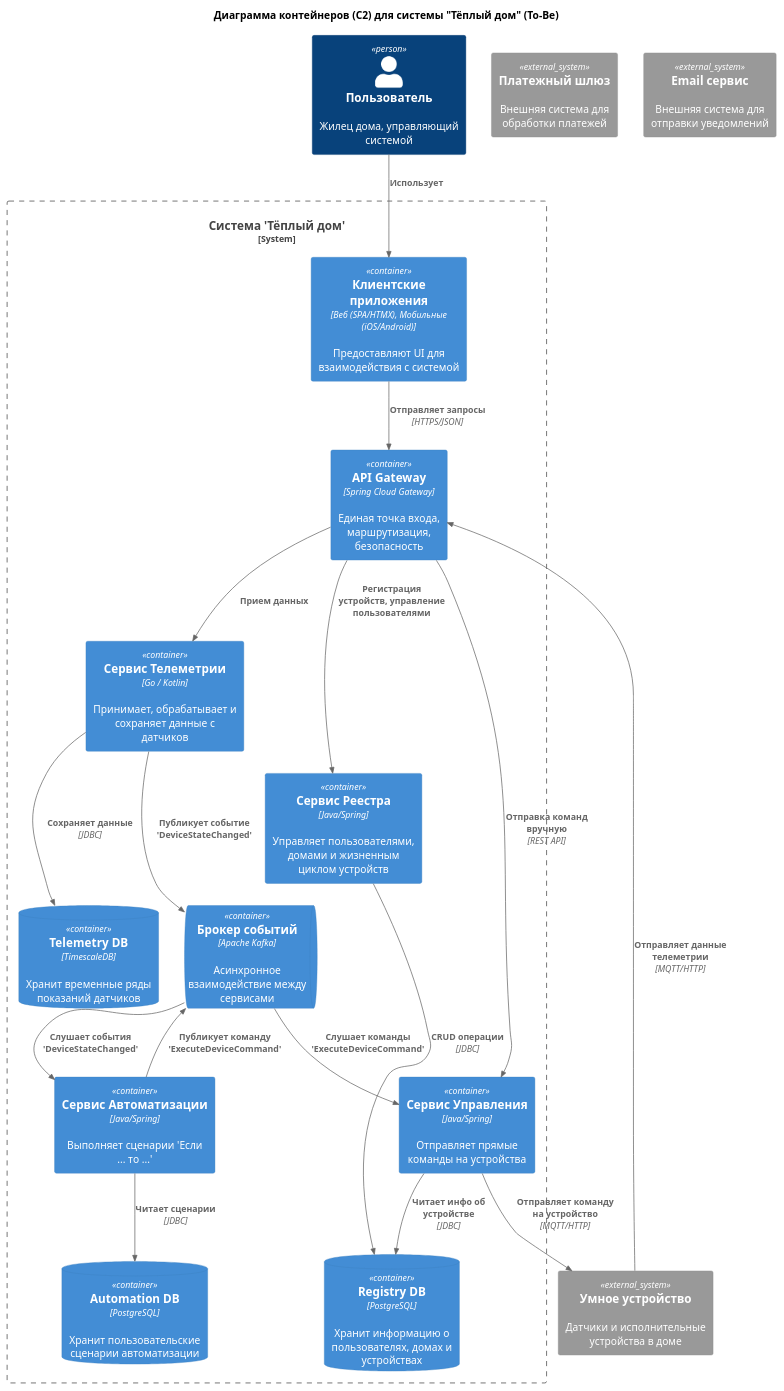
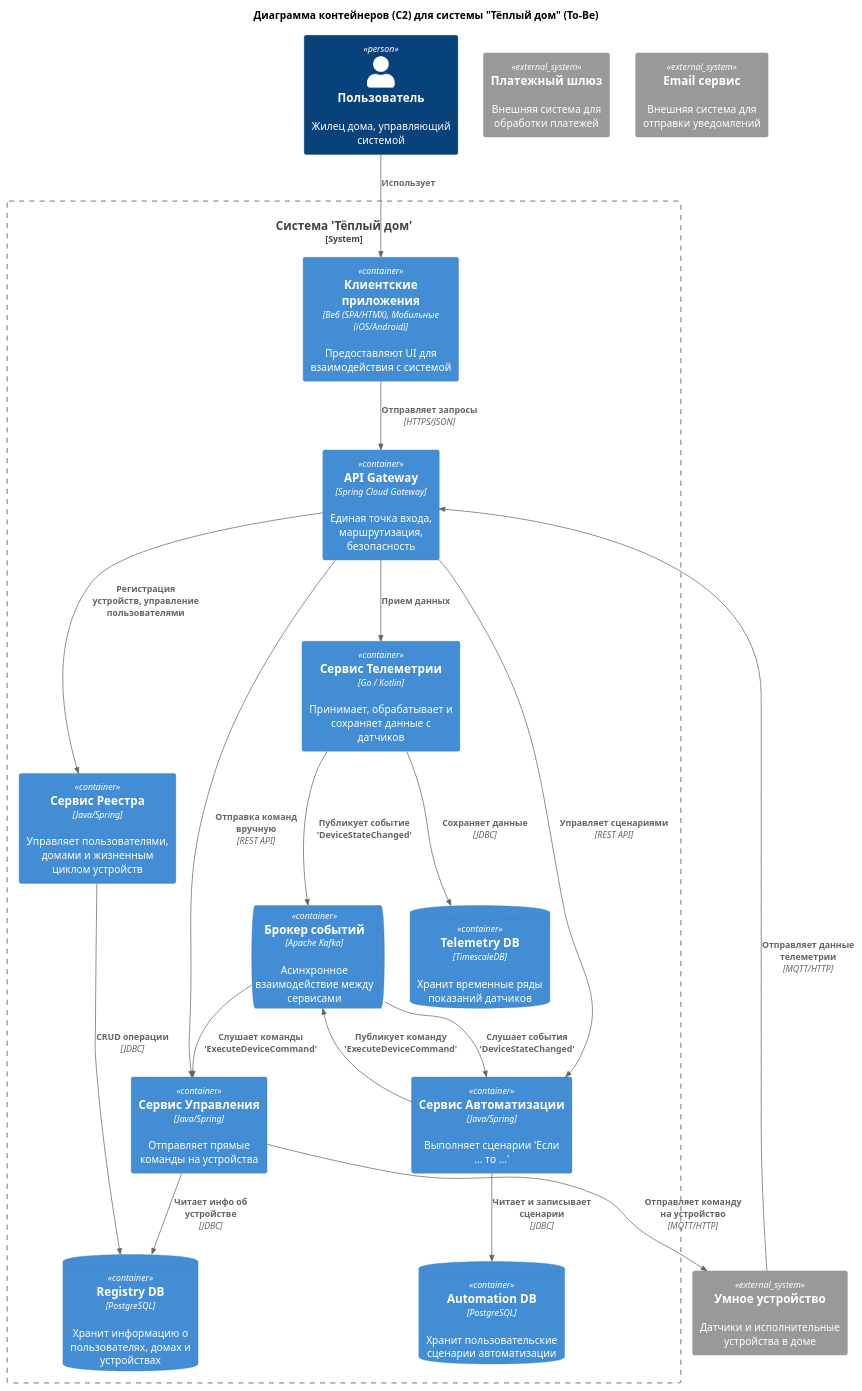
The diagram in docs/diagrams/C2_Container_ToBe.puml (Manjago/arch-pro-sprint1), drawn with PlantUML before and after one commit. The commit also changed 1 other file, not shown here.

Commit message:
Пользователь создает сценарии автоматизации

```diff
--- a/docs/diagrams/C2_Container_ToBe.puml
+++ b/docs/diagrams/C2_Container_ToBe.puml
@@ -1,65 +1,68 @@
 @startuml C2_Context_ToBe
 title Диаграмма контейнеров (C2) для системы "Тёплый дом" (To-Be)
 
 top to bottom direction
 
 !includeurl https://raw.githubusercontent.com/RicardoNiepel/C4-PlantUML/master/C4_Component.puml
 
 ' --- АКТОРЫ И ВНЕШНИЕ СИСТЕМЫ ---
 
 Person(user, "Пользователь", "Жилец дома, управляющий системой")
 System_Ext(device, "Умное устройство", "Датчики и исполнительные устройства в доме")
 ' добавим просто для полноты картины
 System_Ext(payment_gateway, "Платежный шлюз", "Внешняя система для обработки платежей")
 ' добавим просто для полноты картины
 System_Ext(email_service, "Email сервис", "Внешняя система для отправки уведомлений")
 
 ' --- ГРАНИЦА НАШЕЙ СИСТЕМЫ ---
 System_Boundary(warm_house, "Система 'Тёплый дом'") {
     ' --- КЛИЕНТСКИЕ ПРИЛОЖЕНИЯ ---
     Container(client_apps, "Клиентские приложения", "Веб (SPA/HTMX), Мобильные (iOS/Android)", "Предоставляют UI для взаимодействия с системой")
 
     ' --- ТОЧКА ВХОДА ---
     Container(gateway, "API Gateway", "Spring Cloud Gateway", "Единая точка входа, маршрутизация, безопасность")
     ' --- БАЗА ДАННЫХ И БРОКЕР ---
     ContainerDb(registry_db, "Registry DB", "PostgreSQL", "Хранит информацию о пользователях, домах и устройствах")
     ContainerDb(telemetry_db, "Telemetry DB", "TimescaleDB", "Хранит временные ряды показаний датчиков")
     ContainerDb(automation_db, "Automation DB", "PostgreSQL", "Хранит пользовательские сценарии автоматизации")
     ContainerQueue(kafka, "Брокер событий", "Apache Kafka", "Асинхронное взаимодействие между сервисами")
 
     ' --- МИКРОСЕРВИСЫ ---
     Container(registry_service, "Сервис Реестра", "Java/Spring", "Управляет пользователями, домами и жизненным циклом устройств")
     Container(telemetry_service, "Сервис Телеметрии", "Go / Kotlin", "Принимает, обрабатывает и сохраняет данные с датчиков")
     Container(control_service, "Сервис Управления", "Java/Spring", "Отправляет прямые команды на устройства")
     Container(automation_service, "Сервис Автоматизации", "Java/Spring", "Выполняет сценарии 'Если ... то ...'")
 }
 
 
 ' --- СВЯЗИ (ПО СЦЕНАРИЯМ) ---
 
 ' Сценарий: Пользователь управляет системой
 Rel(user, client_apps, "Использует")
 Rel(client_apps, gateway, "Отправляет запросы", "HTTPS/JSON")
 
 ' Сценарий: Регистрация устройства (синхронный)
 Rel(gateway, registry_service, "Регистрация устройств, управление пользователями")
 Rel(registry_service, registry_db, "CRUD операции", "JDBC")
 
 ' Сценарий: Ручное управление (синхронный)
 Rel(gateway, control_service, "Отправка команд вручную", "REST API")
 Rel(control_service, registry_db, "Читает инфо об устройстве", "JDBC") 
 Rel(control_service, device, "Отправляет команду на устройство", "MQTT/HTTP")
 
 ' Сценарий: Поступление телеметрии (асинхронный)
 Rel(device, gateway, "Отправляет данные телеметрии", "MQTT/HTTP")
 Rel(gateway, telemetry_service, "Прием данных")
 Rel(telemetry_service, kafka, "Публикует событие 'DeviceStateChanged'")
 Rel(telemetry_service, telemetry_db, "Сохраняет данные", "JDBC")
 
 ' Сценарий: Срабатывание автоматизации (асинхронный)
 Rel(kafka, automation_service, "Слушает события 'DeviceStateChanged'")
-Rel(automation_service, automation_db, "Читает сценарии", "JDBC")
+Rel(automation_service, automation_db, "Читает и записывает сценарии", "JDBC")
 Rel(automation_service, kafka, "Публикует команду 'ExecuteDeviceCommand'")
 Rel(kafka, control_service, "Слушает команды 'ExecuteDeviceCommand'")
 
+' Сценарий: Пользователь редактирует сценарии автомаризации (синхронный)
+Rel(gateway, automation_service, "Управляет сценариями", "REST API")
+
 @enduml
```
